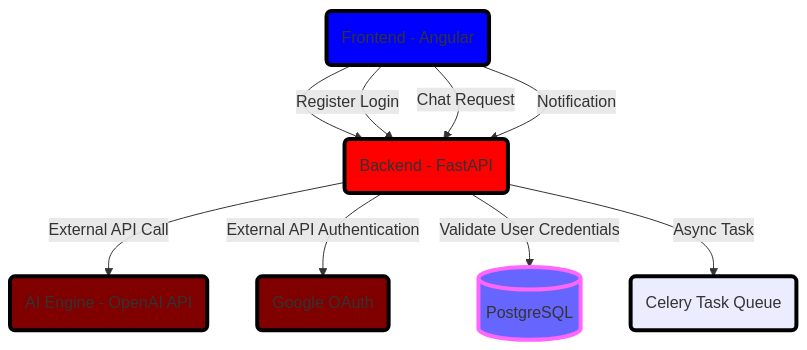
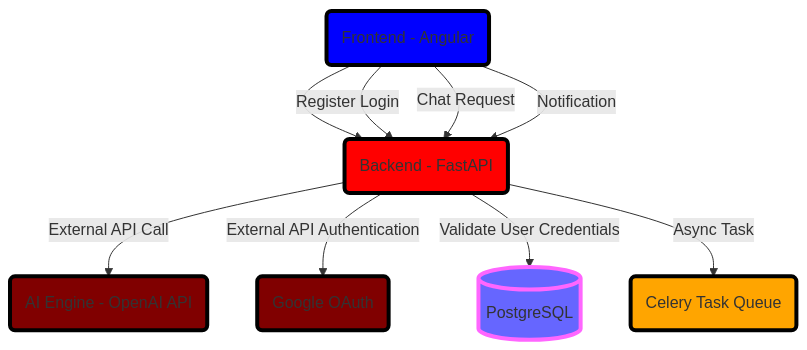
The diagram in mermaid.md (Joy-Ese/JayBank-Support-App), drawn with Mermaid before and after one commit.

````diff
--- a/mermaid.md
+++ b/mermaid.md
@@ -2,18 +2,18 @@
 ``` mermaid
 flowchart TD;
     FE("Frontend - Angular") --> BE("Backend - FastAPI")
     BE -->|External API Call| AI("AI Engine - OpenAI API")
     BE -->|External API Authentication| JWT("Google OAuth")
     FE -->|Register Login| BE
     FE -->|Chat Request| BE
     FE -->|Notification| BE
     BE -->|Validate User Credentials| Database[(PostgreSQL)]
     BE -->|Async Task| Queue("Celery Task Queue")
 
     style Database fill:#66f,stroke:#f6f,stroke-width:4px
     style FE fill:blue,stroke:black,stroke-width:4px,shadow:shadow
     style BE fill:red,stroke:black,stroke-width:4px,shadow:shadow
     style AI fill:maroon,stroke:black,stroke-width:4px,shadow:shadow
     style JWT fill:maroon,stroke:black,stroke-width:4px,shadow:shadow
-    style Queue fill:mustard,stroke:black,stroke-width:4px,shadow:shadow
+    style Queue fill:orange,stroke:black,stroke-width:4px,shadow:shadow
 ```
````
